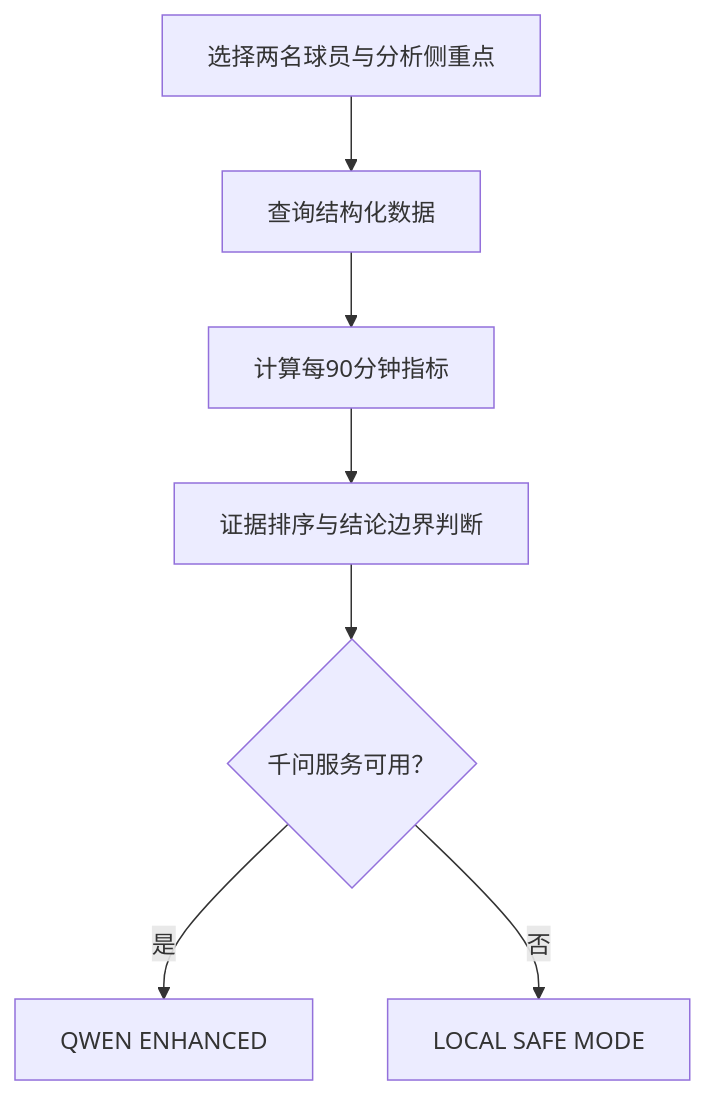
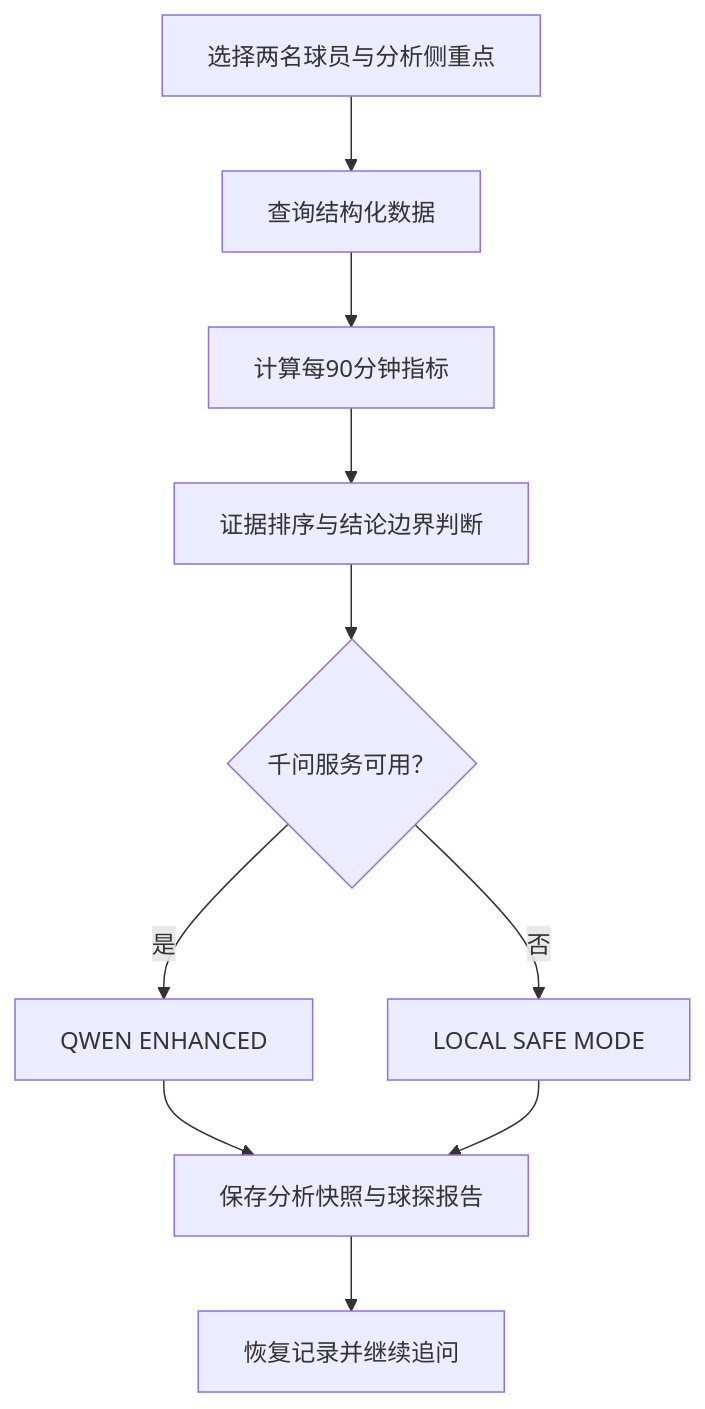
The diagram in README.md (ruiyangxie434-byte/pl-geo-analytics), drawn with Mermaid before and after one commit. The commit also changed other lines of this file and 30 other files, not shown here.

````diff
--- a/README.md
+++ b/README.md
@@ -42,9 +44,12 @@
 ```mermaid
 flowchart TD
     A["选择两名球员与分析侧重点"] --> B["查询结构化数据"]
     B --> C["计算每90分钟指标"]
     C --> D["证据排序与结论边界判断"]
     D --> E{"千问服务可用？"}
     E -->|是| F["QWEN ENHANCED"]
     E -->|否| G["LOCAL SAFE MODE"]
+    F --> H["保存分析快照与球探报告"]
+    G --> H
+    H --> I["恢复记录并继续追问"]
 ```
````
